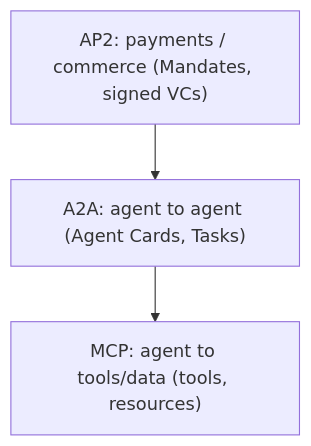
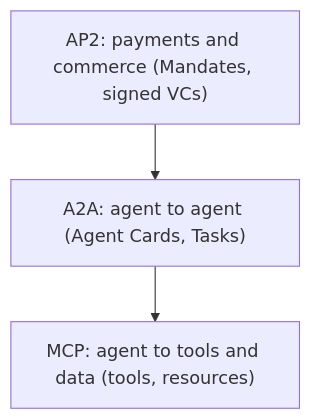
Before and after one commit to mikenguyen13/ai_in_action: the first of 3 diagrams in 521-agent-payments-protocol-ap2.qmd, drawn with Mermaid. The commit also changed other lines of this file and 184 other files, not shown here.

Commit message:
Conceptual wave: deepen 92 conceptual chapters (rigorous math, diagrams, worked examples, DOI citations); dedup references.bib; rendered clean (0 unresolved citations, 0 errors)

````diff
--- a/521-agent-payments-protocol-ap2.qmd
+++ b/521-agent-payments-protocol-ap2.qmd
@@ -19,7 +30,7 @@
 ```{mermaid}
 flowchart TD
-    AP2["AP2: payments / commerce (Mandates, signed VCs)"]
+    AP2["AP2: payments and commerce (Mandates, signed VCs)"]
     A2A["A2A: agent to agent (Agent Cards, Tasks)"]
-    MCP["MCP: agent to tools/data (tools, resources)"]
+    MCP["MCP: agent to tools and data (tools, resources)"]
     AP2 --> A2A --> MCP
 ```
````
